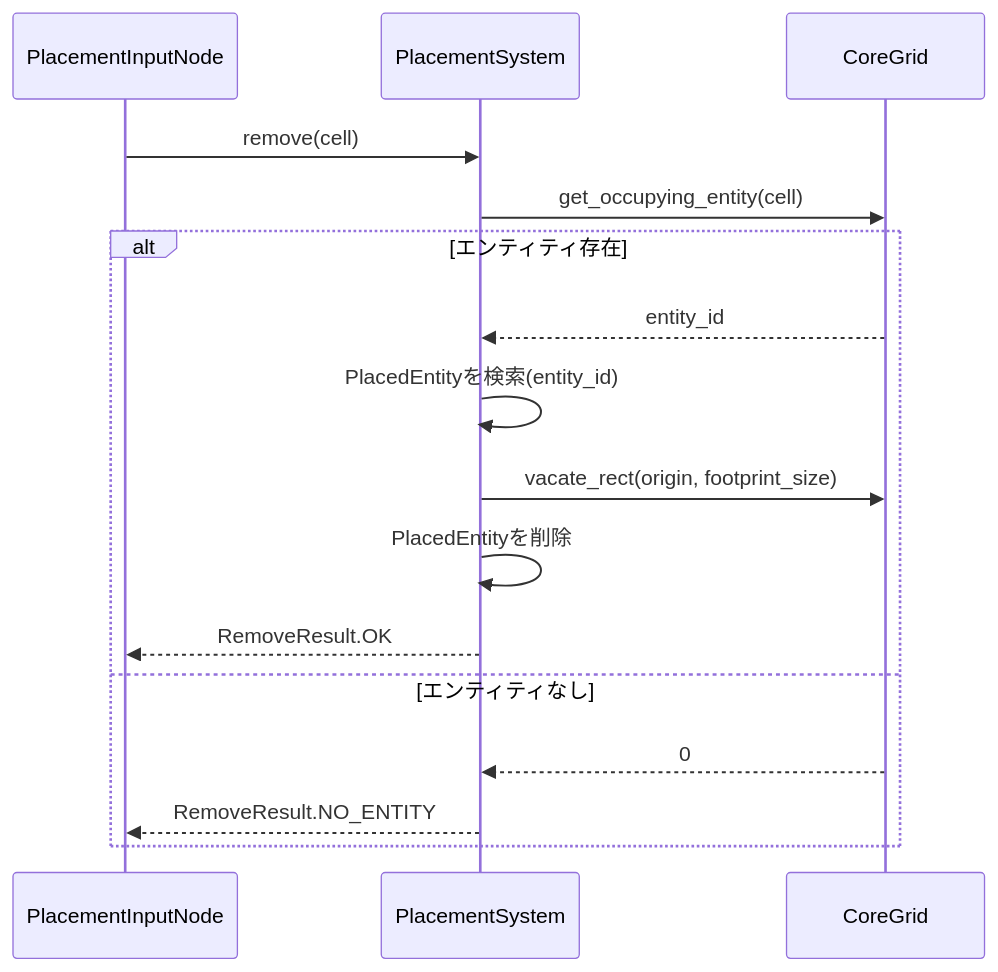
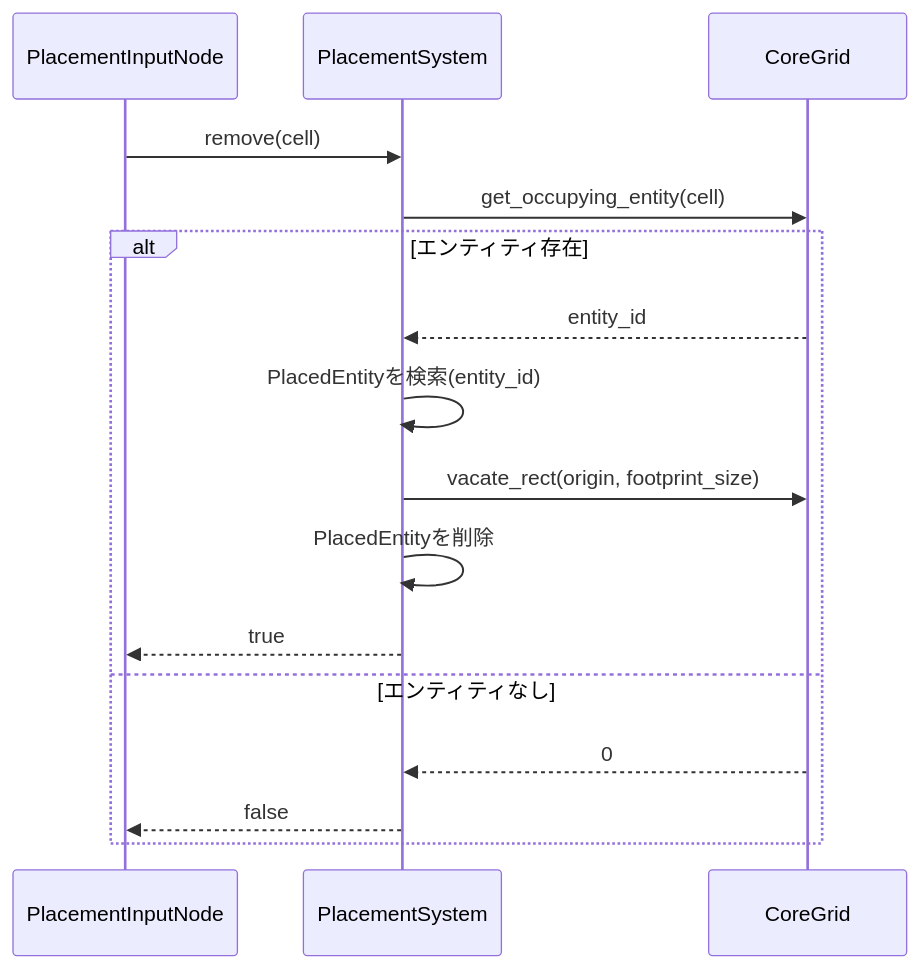
One commit to karin0624/mad-efficiency-factory changed the third of 4 diagrams in .kiro/specs/entity-placement/design.md. Above: the diagram before and after it, drawn with Mermaid. The commit also changed other lines of this file and 13 other files, not shown here.

````diff
--- a/.kiro/specs/entity-placement/design.md
+++ b/.kiro/specs/entity-placement/design.md
@@ -110,19 +112,19 @@
 ```mermaid
 sequenceDiagram
     participant Input as PlacementInputNode
     participant PS as PlacementSystem
     participant CG as CoreGrid
 
     Input->>PS: remove(cell)
     PS->>CG: get_occupying_entity(cell)
     alt エンティティ存在
         CG-->>PS: entity_id
         PS->>PS: PlacedEntityを検索(entity_id)
         PS->>CG: vacate_rect(origin, footprint_size)
         PS->>PS: PlacedEntityを削除
-        PS-->>Input: RemoveResult.OK
+        PS-->>Input: true
     else エンティティなし
         CG-->>PS: 0
-        PS-->>Input: RemoveResult.NO_ENTITY
+        PS-->>Input: false
     end
 ```
````
